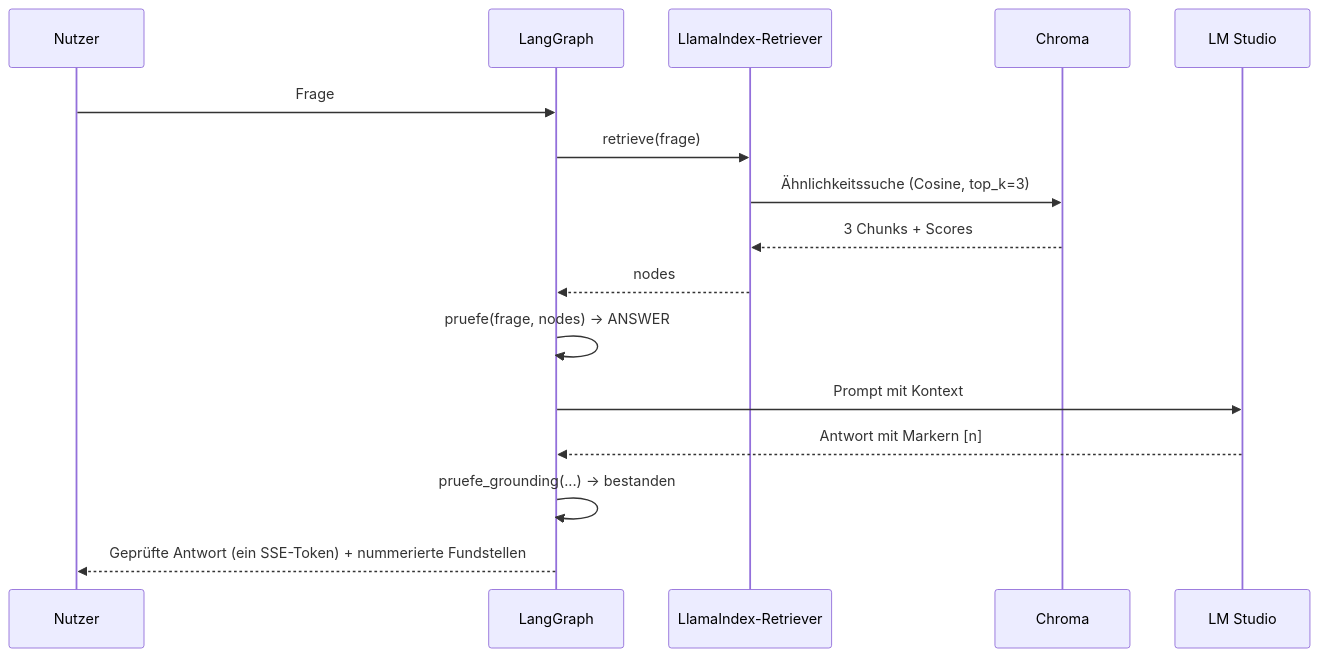
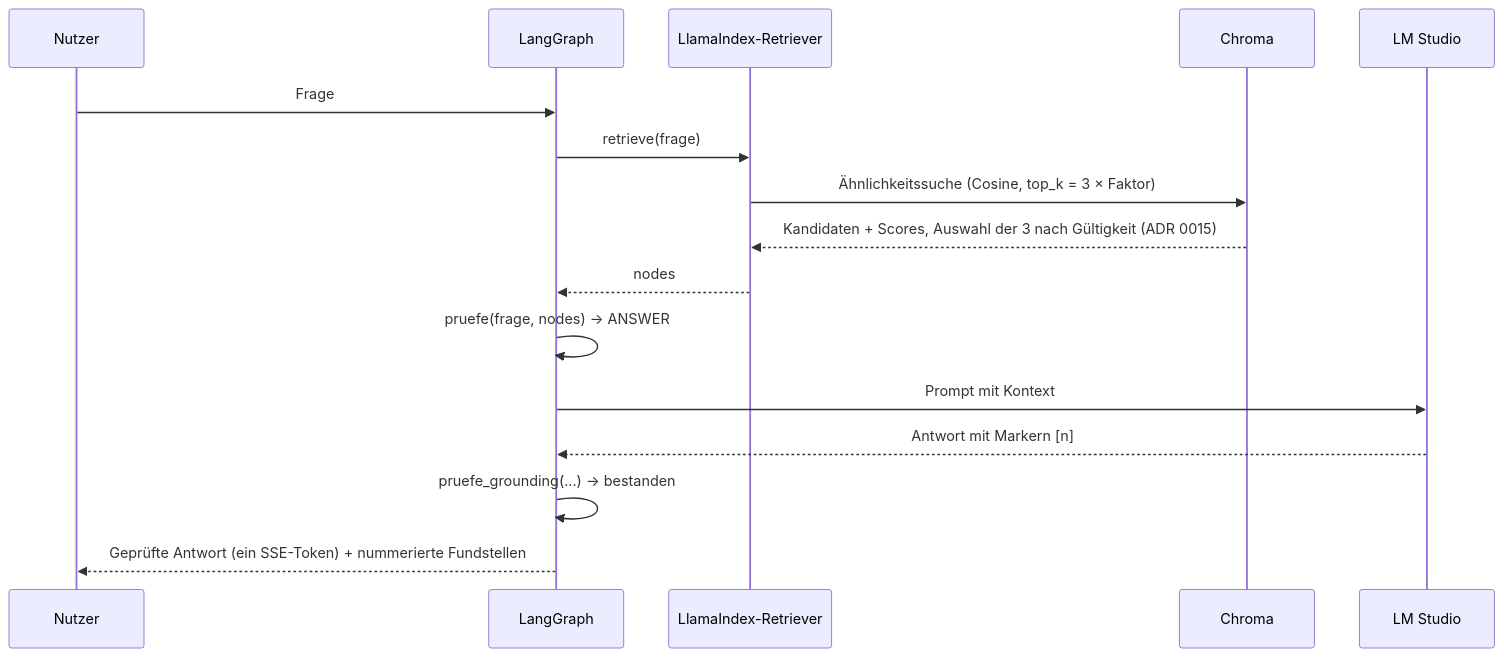
One commit to Gereon93/regRAG changed the third of 5 diagrams in docs/arc42.md. Above: the diagram before and after it, drawn with Mermaid. The commit also changed other lines of this file and 11 other files, not shown here.

````diff
--- a/docs/arc42.md
+++ b/docs/arc42.md
@@ -151,19 +151,19 @@
 ```mermaid
 sequenceDiagram
     participant N as Nutzer
     participant G as LangGraph
     participant R as LlamaIndex-Retriever
     participant D as Chroma
     participant L as LM Studio
 
     N->>G: Frage
     G->>R: retrieve(frage)
-    R->>D: Ähnlichkeitssuche (Cosine, top_k=3)
-    D-->>R: 3 Chunks + Scores
+    R->>D: Ähnlichkeitssuche (Cosine, top_k = 3 × Faktor)
+    D-->>R: Kandidaten + Scores, Auswahl der 3 nach Gültigkeit (ADR 0015)
     R-->>G: nodes
     G->>G: pruefe(frage, nodes) → ANSWER
     G->>L: Prompt mit Kontext
     L-->>G: Antwort mit Markern [n]
     G->>G: pruefe_grounding(...) → bestanden
     G-->>N: Geprüfte Antwort (ein SSE-Token) + nummerierte Fundstellen
 ```
````
